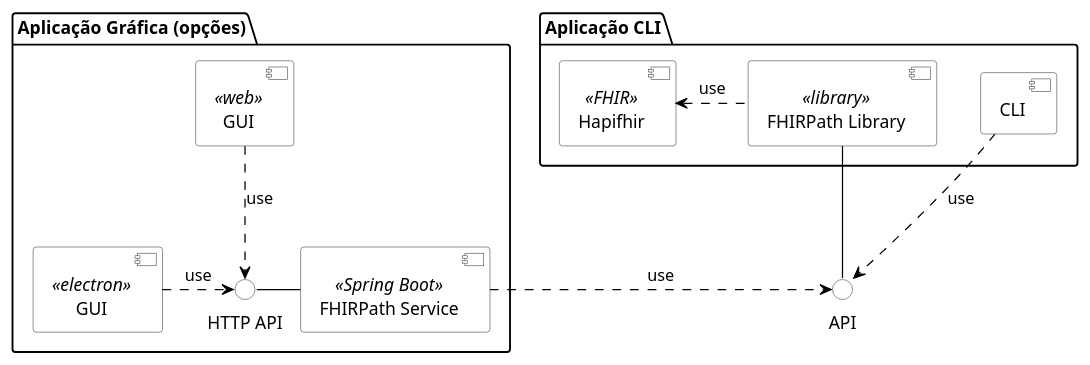
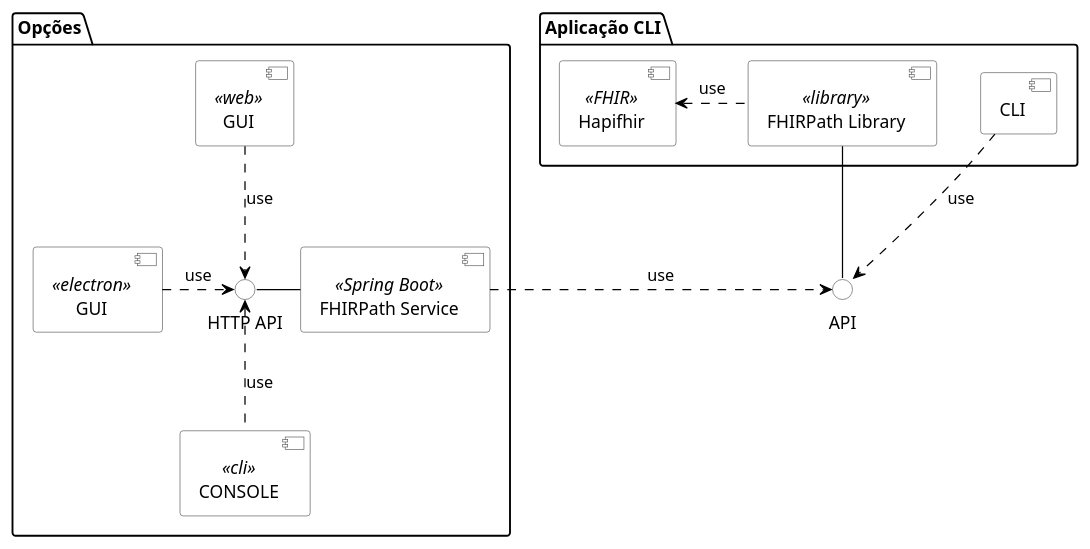
One commit to kyriosdata/rnds changed the diagram in tools/fhirpathcli/UML/design.puml. Above: the diagram before and after it, drawn with PlantUML. The commit also changed 1 other file, not shown here.

```diff
--- a/tools/fhirpathcli/UML/design.puml
+++ b/tools/fhirpathcli/UML/design.puml
@@ -1,41 +1,43 @@
 @startuml
 
 hide circle
 hide methods
 hide empty members
 
 skinparam component {
     BackgroundColor White
     ArrowColor Black
     BorderColor #505050
 }
 
 skinparam interface {
     BackgroundColor White
     ArrowColor Black
     BorderColor #505050
 }
 
-package "Aplicação Gráfica (opções)" {
+package "Opções" {
     Component "FHIRPath Service" as WS << Spring Boot >>
     Component "GUI" as EGUI <<electron>>
     Component "GUI" as WGUI <<web>>
+    Component "CONSOLE" as CONSOLE <<cli>>
 
     EGUI .right.> () "HTTP API" : use
     [HTTP API] - WS
     WGUI .down.> () "HTTP API" : use
+    CONSOLE .up.> () "HTTP API" : use
 }
 
    WS .right.> () API : use
 
 
 package "Aplicação CLI" {
     Component CLI
     Component "FHIRPath Library" as FPL <<library>>
     Component "Hapifhir" as HF <<FHIR>>
     CLI .down.> API : use
     API - FPL
     FPL .left.> HF : use
 }
 
 @enduml
```
